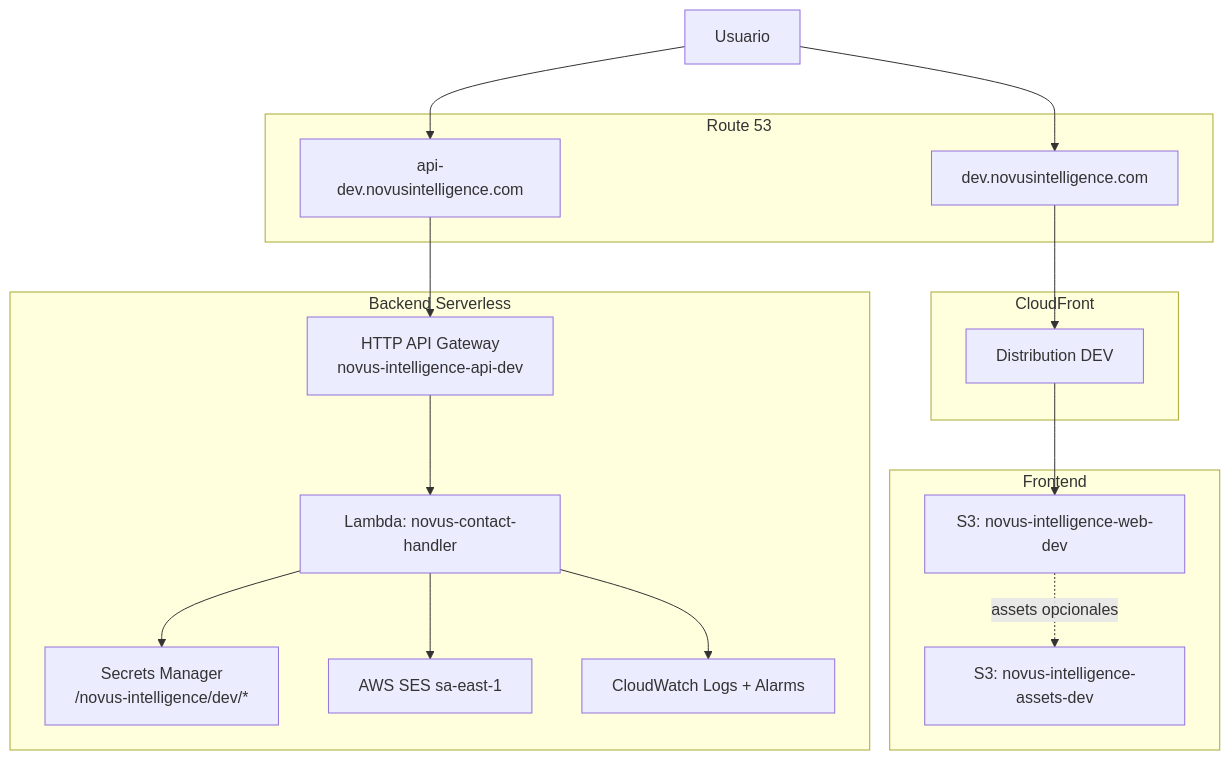
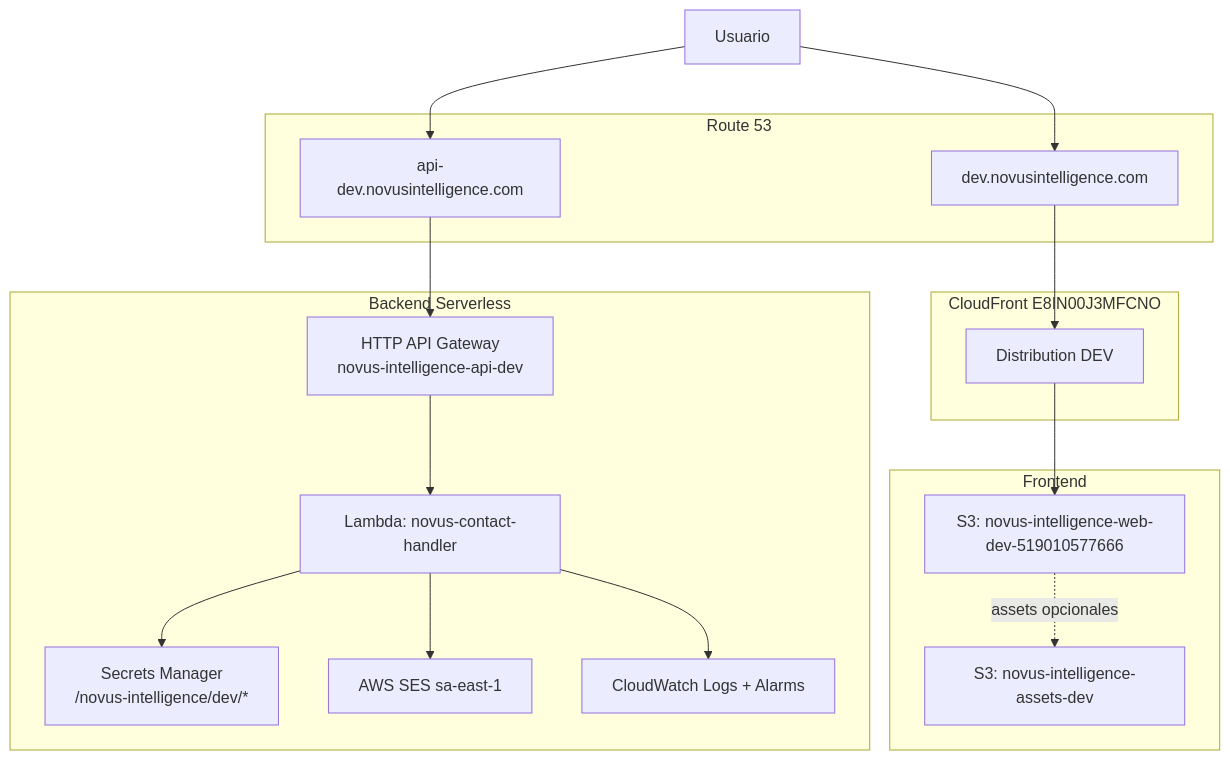
One commit to arodriguez-novusintelligence/NovusAIDevelopmentFramework changed the diagram in .nadf/projects/novus-intelligence/artifacts/propuesta-infra.md. Above: the diagram before and after it, drawn with Mermaid. The commit also changed other lines of this file and 1 other file, not shown here.

First line of the commit message:
docs(novus-intelligence): propuesta infra DEV sa-east-1 paso-08

````diff
--- a/.nadf/projects/novus-intelligence/artifacts/propuesta-infra.md
+++ b/.nadf/projects/novus-intelligence/artifacts/propuesta-infra.md
@@ -100,31 +102,31 @@
 ```mermaid
 flowchart TB
     subgraph DNS["Route 53"]
         FE_DNS["dev.novusintelligence.com"]
         API_DNS["api-dev.novusintelligence.com"]
     end
 
-    subgraph CDN["CloudFront"]
+    subgraph CDN["CloudFront E8IN00J3MFCNO"]
         CF["Distribution DEV"]
     end
 
     subgraph FE["Frontend"]
-        S3_WEB["S3: novus-intelligence-web-dev"]
+        S3_WEB["S3: novus-intelligence-web-dev-519010577666"]
         S3_ASSETS["S3: novus-intelligence-assets-dev"]
     end
 
     subgraph API["Backend Serverless"]
         AGW["HTTP API Gateway<br/>novus-intelligence-api-dev"]
         LAM["Lambda: novus-contact-handler"]
         SEC["Secrets Manager<br/>/novus-intelligence/dev/*"]
         SES["AWS SES sa-east-1"]
         CW["CloudWatch Logs + Alarms"]
     end
 
     U[Usuario] --> FE_DNS --> CF --> S3_WEB
     U --> API_DNS --> AGW --> LAM
     LAM --> SEC
     LAM --> SES
     LAM --> CW
     S3_WEB -. assets opcionales .-> S3_ASSETS
 ```
````
